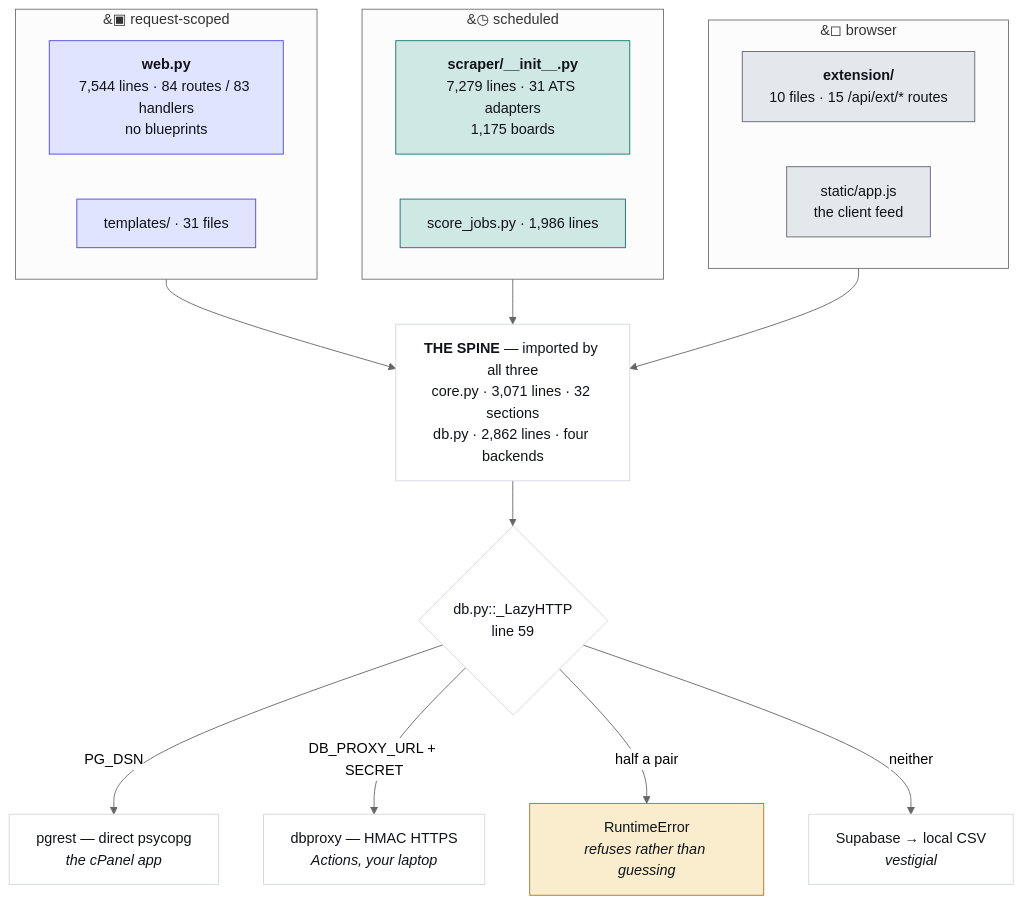
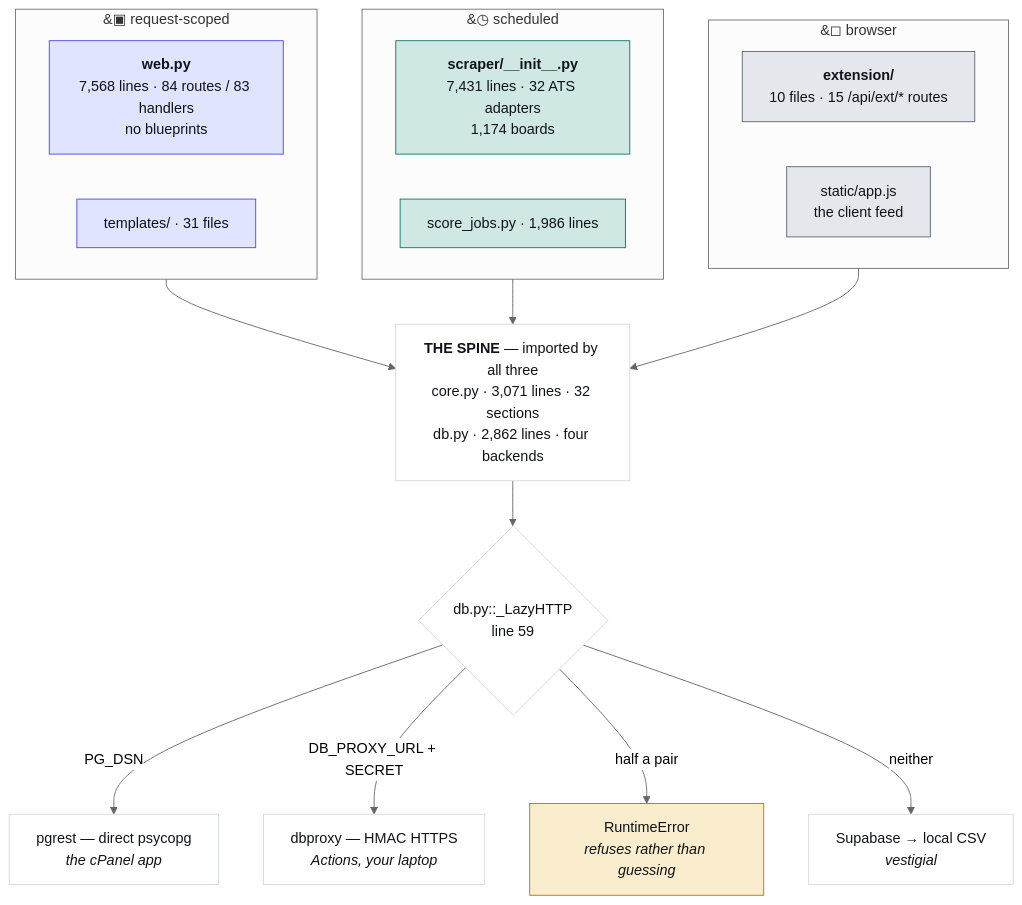
The first of 4 diagrams in JobMatch Scraper/docs/ARCHITECTURE.md (hadakunal909-debug/job-search-tool), drawn with Mermaid (neutral theme) before and after one commit. The commit also changed other lines of this file and 10 other files, not shown here.

````diff
--- a/JobMatch Scraper/docs/ARCHITECTURE.md
+++ b/JobMatch Scraper/docs/ARCHITECTURE.md
@@ -45,34 +45,34 @@
 ```mermaid
 flowchart TB
   subgraph REQ["&#9635; request-scoped"]
-    W["<b>web.py</b><br/>7,544 lines · 84 routes / 83 handlers<br/>no blueprints"]
+    W["<b>web.py</b><br/>7,568 lines · 84 routes / 83 handlers<br/>no blueprints"]
     T["templates/ · 31 files"]
   end
   subgraph SCH["&#9719; scheduled"]
-    S["<b>scraper/__init__.py</b><br/>7,279 lines · 31 ATS adapters<br/>1,175 boards"]
+    S["<b>scraper/__init__.py</b><br/>7,431 lines · 32 ATS adapters<br/>1,174 boards"]
     J["score_jobs.py · 1,986 lines"]
   end
   subgraph CLI["&#9723; browser"]
     E["<b>extension/</b><br/>10 files · 15 /api/ext/* routes"]
     A["static/app.js<br/>the client feed"]
   end
   SPINE["<b>THE SPINE</b> — imported by all three<br/>core.py · 3,071 lines · 32 sections<br/>db.py · 2,862 lines · four backends"]
   REQ --> SPINE
   SCH --> SPINE
   CLI --> SPINE
   SPINE --> D{"db.py::_LazyHTTP<br/>line 59"}
   D -->|"PG_DSN"| P["pgrest — direct psycopg<br/><i>the cPanel app</i>"]
   D -->|"DB_PROXY_URL + SECRET"| X["dbproxy — HMAC HTTPS<br/><i>Actions, your laptop</i>"]
   D -->|"half a pair"| R["RuntimeError<br/><i>refuses rather than guessing</i>"]
   D -->|"neither"| V["Supabase → local CSV<br/><i>vestigial</i>"]
   classDef web fill:#e0e4fe,stroke:#4f46e5,color:#101319
   classDef sched fill:#cfe8e3,stroke:#0f766e,color:#101319
   classDef client fill:#e4e7ec,stroke:#5f6573,color:#101319
   classDef trap fill:#f9edcd,stroke:#a8781a,color:#101319
   classDef plain fill:#ffffff,stroke:#d3d7df,color:#101319
   class W,T web
   class S,J sched
   class E,A client
   class R trap
   class SPINE,D,P,X,V plain
 ```
````
